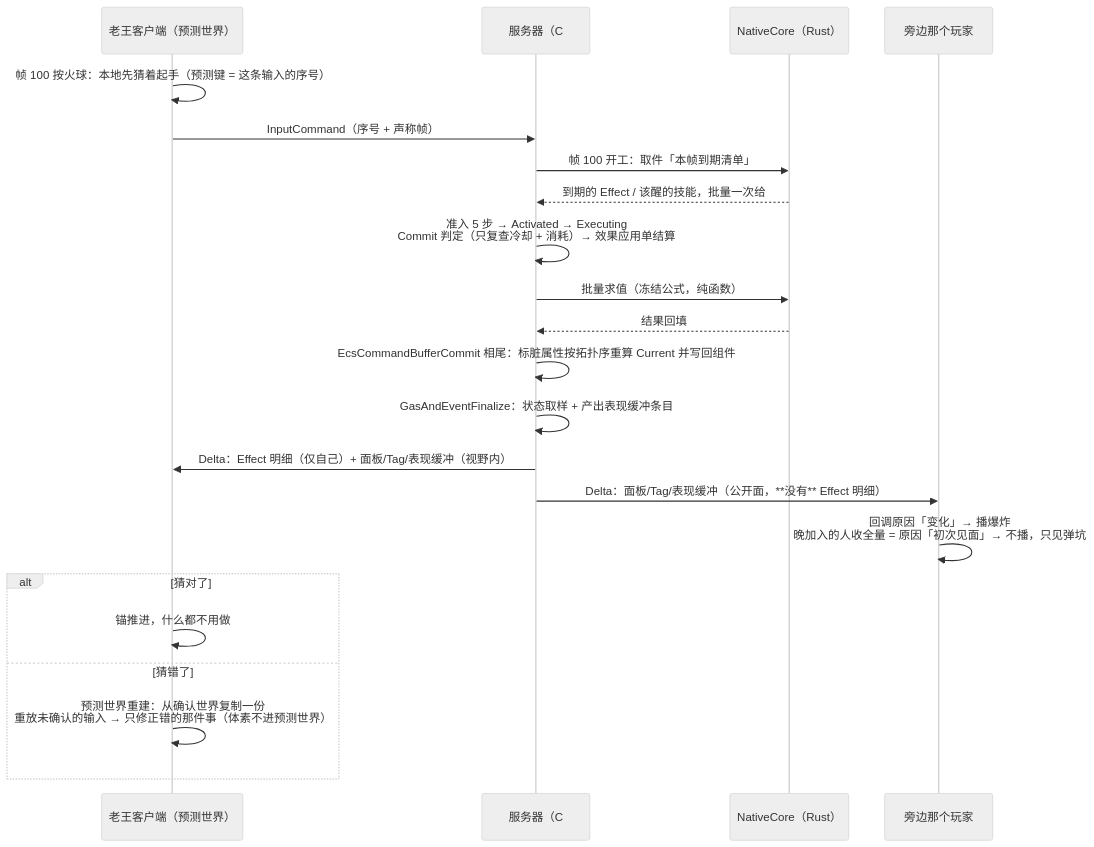
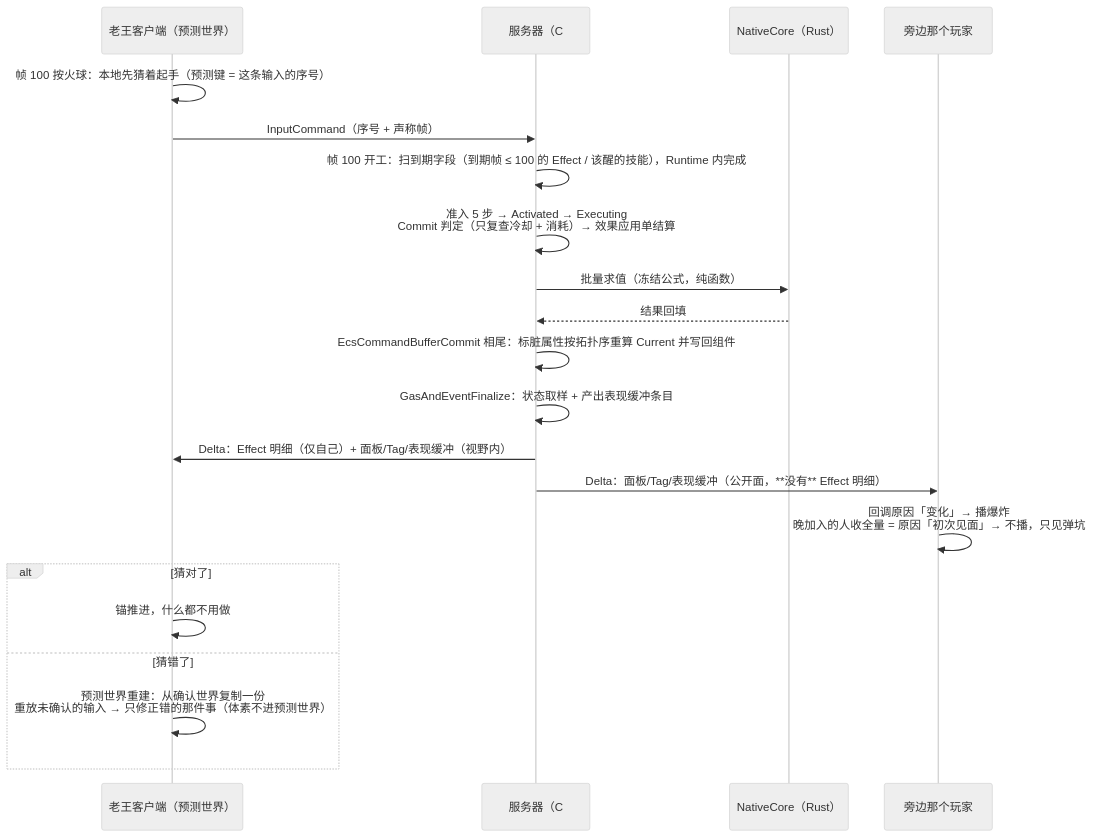
The fourth of 4 diagrams in .spec/knowledge/features/gas.md (LumioGames/LumioGameEngine), drawn with Mermaid (neutral theme) before and after one commit. The commit also changed other lines of this file and 3 other files, not shown here.

````diff
--- a/.spec/knowledge/features/gas.md
+++ b/.spec/knowledge/features/gas.md
@@ -156,24 +157,23 @@
 ```mermaid
 sequenceDiagram
     participant C as 老王客户端（预测世界）
     participant S as 服务器（C# 语义层）
     participant N as NativeCore（Rust）
     participant O as 旁边那个玩家
     C->>C: 帧 100 按火球：本地先猜着起手（预测键 = 这条输入的序号）
     C->>S: InputCommand（序号 + 声称帧）
-    S->>N: 帧 100 开工：取件「本帧到期清单」
-    N-->>S: 到期的 Effect / 该醒的技能，批量一次给
+    S->>S: 帧 100 开工：扫到期字段（到期帧 ≤ 100 的 Effect / 该醒的技能），Runtime 内完成
     S->>S: 准入 5 步 → Activated → Executing<br/>Commit 判定（只复查冷却 + 消耗）→ 效果应用单结算
     S->>N: 批量求值（冻结公式，纯函数）
     N-->>S: 结果回填
     S->>S: EcsCommandBufferCommit 相尾：标脏属性按拓扑序重算 Current 并写回组件
     S->>S: GasAndEventFinalize：状态取样 + 产出表现缓冲条目
     S->>C: Delta：Effect 明细（仅自己）+ 面板/Tag/表现缓冲（视野内）
     S->>O: Delta：面板/Tag/表现缓冲（公开面，**没有** Effect 明细）
     O->>O: 回调原因「变化」→ 播爆炸<br/>晚加入的人收全量 = 原因「初次见面」→ 不播，只见弹坑
     alt 猜对了
         C->>C: 锚推进，什么都不用做
     else 猜错了
         C->>C: 预测世界重建：从确认世界复制一份<br/>重放未确认的输入 → 只修正错的那件事（体素不进预测世界）
     end
 ```
````
